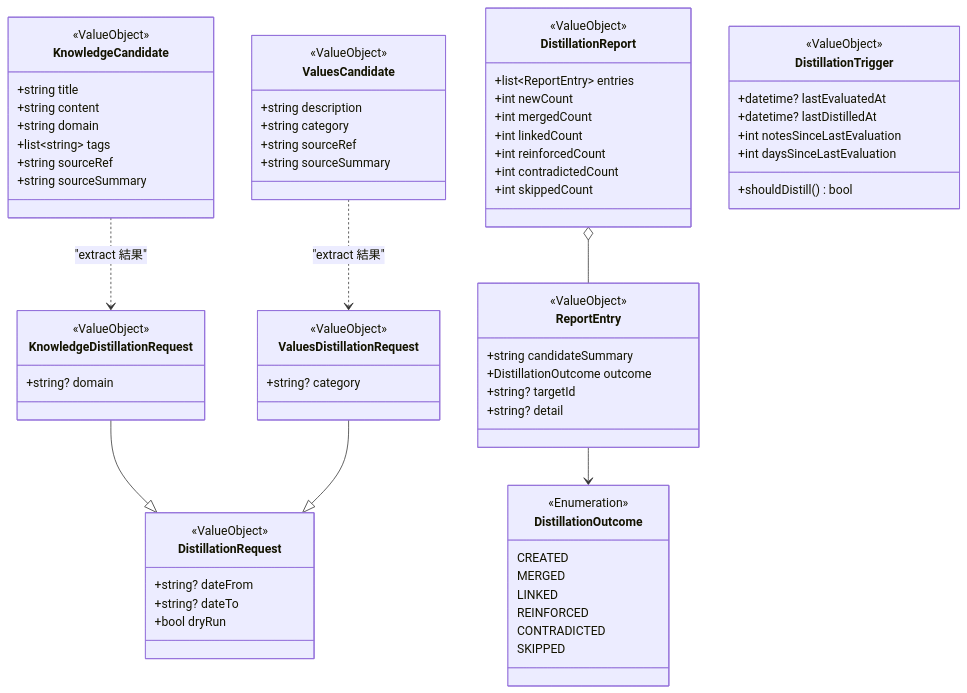
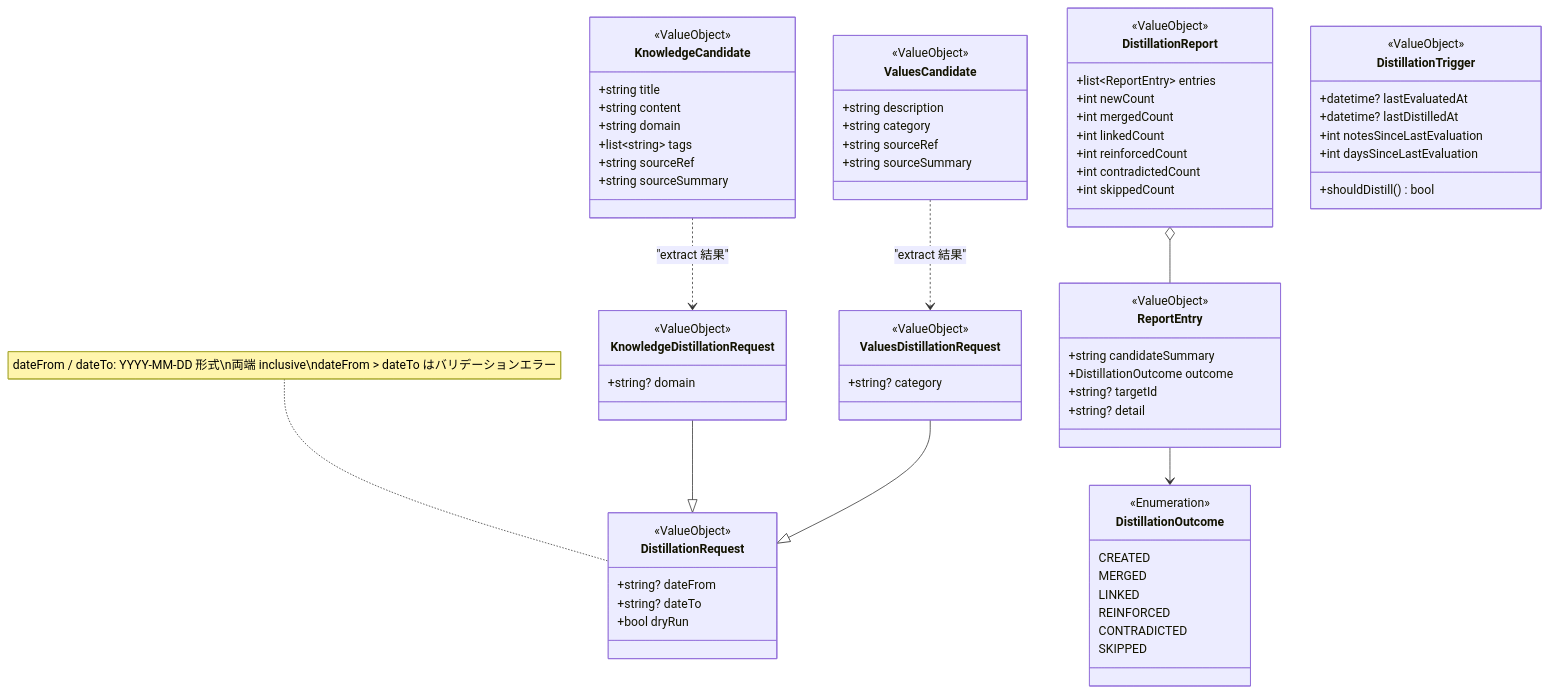
The fourth of 6 diagrams in docs/design/DOMAIN-MODEL-knowledge-values.md (RK0429/agentic-memory), drawn with Mermaid before and after one commit. The commit also changed other lines of this file and 2 other files, not shown here.

```diff
--- a/docs/design/DOMAIN-MODEL-knowledge-values.md
+++ b/docs/design/DOMAIN-MODEL-knowledge-values.md
@@ -316,6 +320,8 @@
         +string? dateTo
         +bool dryRun
     }
+
+    note for DistillationRequest "dateFrom / dateTo: YYYY-MM-DD 形式\n両端 inclusive\ndateFrom > dateTo はバリデーションエラー"
 
     class KnowledgeDistillationRequest {
         <<ValueObject>>
```
